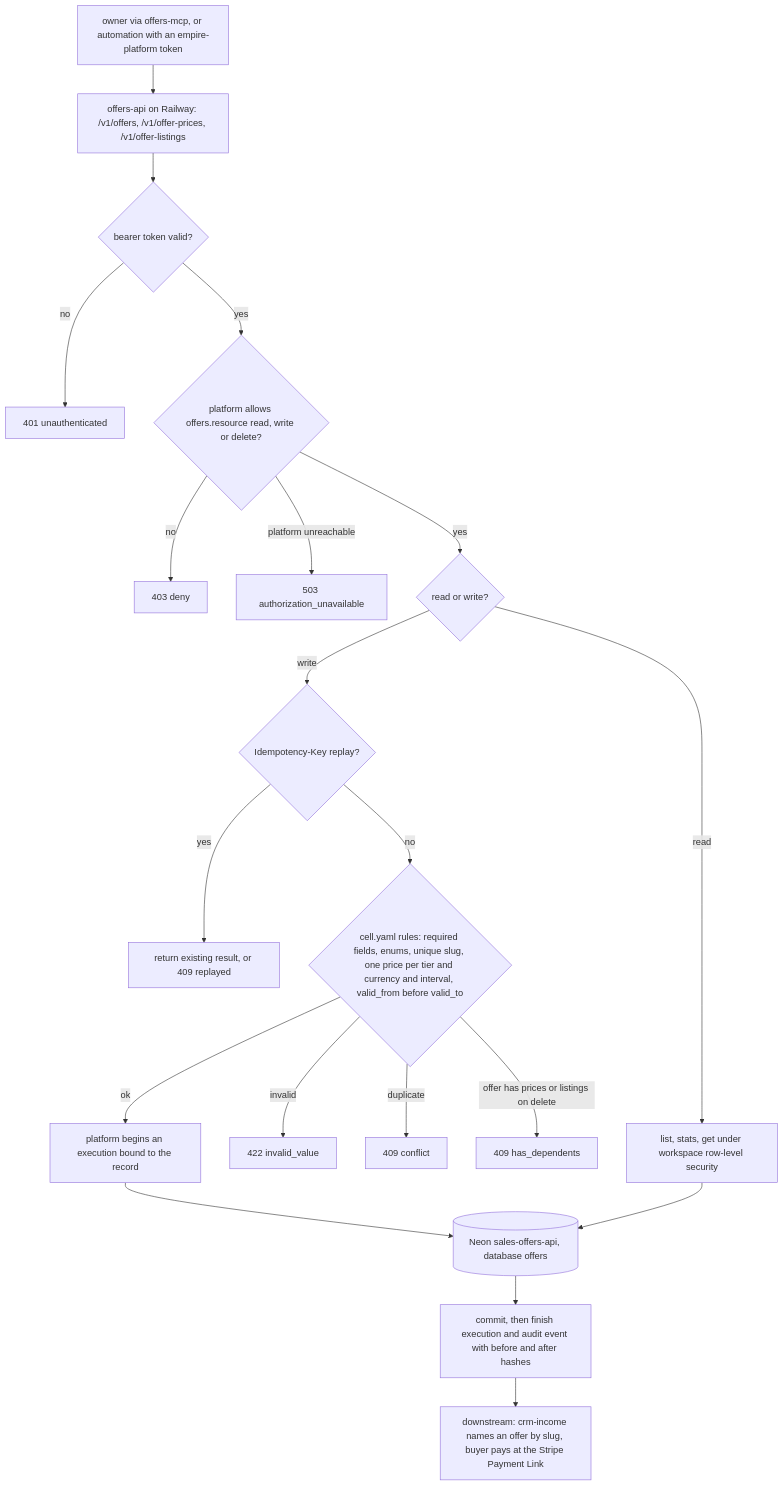
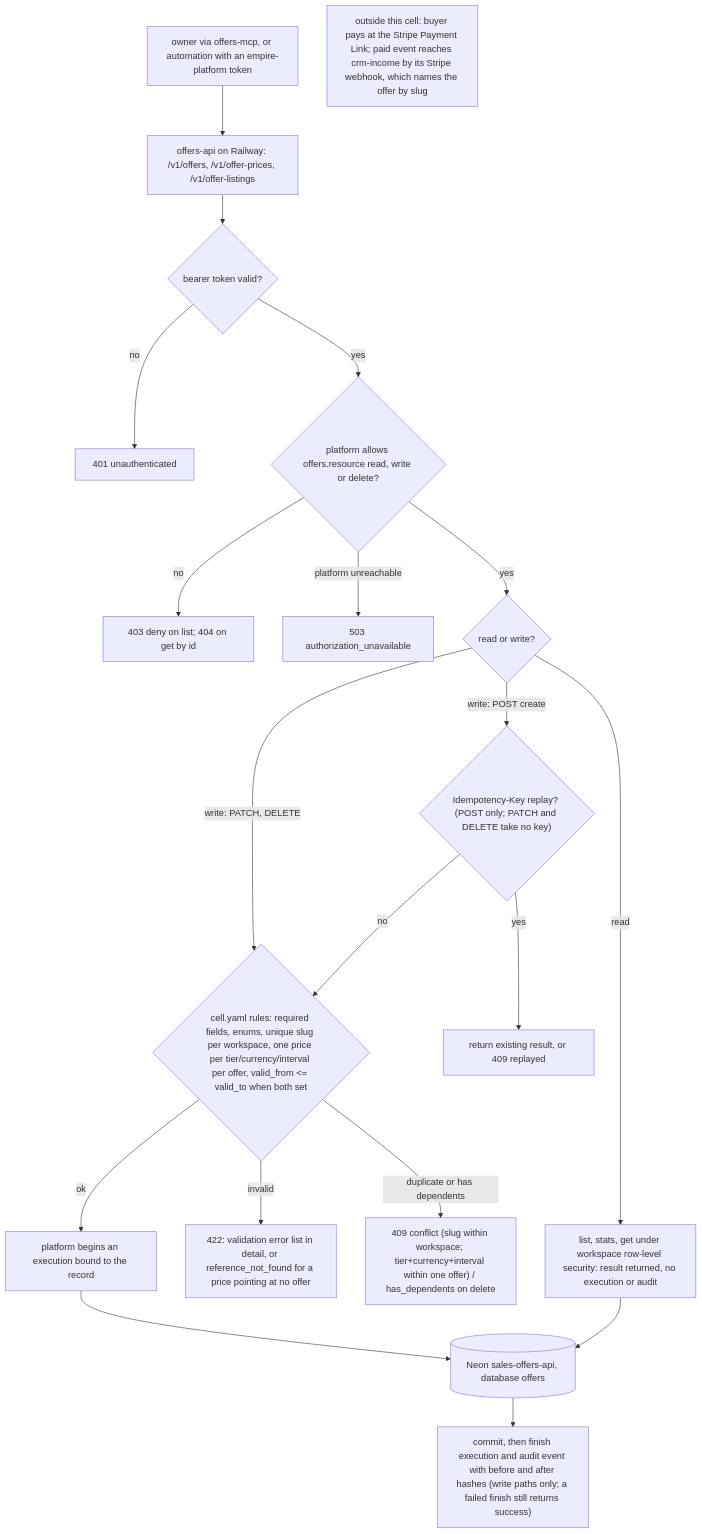
The first of 2 diagrams in docs/diagrams/01-business-process.md (bookchaowalit/sales-offers-api), drawn with Mermaid before and after one commit. The commit also changed other lines of this file, not shown here.

````diff
--- a/docs/diagrams/01-business-process.md
+++ b/docs/diagrams/01-business-process.md
@@ -9,22 +9,22 @@
 ```mermaid
 flowchart TD
   CALLER["owner via offers-mcp, or automation with an empire-platform token"] --> API["offers-api on Railway: /v1/offers, /v1/offer-prices, /v1/offer-listings"]
   API --> VERIFY{"bearer token valid?"}
   VERIFY -->|no| R401["401 unauthenticated"]
   VERIFY -->|yes| CHK{"platform allows offers.resource read, write or delete?"}
-  CHK -->|no| R403["403 deny"]
+  CHK -->|"no"| R403["403 deny on list; 404 on get by id"]
   CHK -->|"platform unreachable"| R503["503 authorization_unavailable"]
   CHK -->|yes| KIND{"read or write?"}
-  KIND -->|read| READ["list, stats, get under workspace row-level security"]
-  KIND -->|write| IDEM{"Idempotency-Key replay?"}
+  KIND -->|read| READ["list, stats, get under workspace row-level security: result returned, no execution or audit"]
+  KIND -->|"write: POST create"| IDEM{"Idempotency-Key replay? (POST only; PATCH and DELETE take no key)"}
+  KIND -->|"write: PATCH, DELETE"| RULES
   IDEM -->|yes| REPLAYED["return existing result, or 409 replayed"]
-  IDEM -->|no| RULES{"cell.yaml rules: required fields, enums, unique slug, one price per tier and currency and interval, valid_from before valid_to"}
-  RULES -->|"invalid"| R422["422 invalid_value"]
-  RULES -->|"duplicate"| R409["409 conflict"]
-  RULES -->|"offer has prices or listings on delete"| R409B["409 has_dependents"]
+  IDEM -->|no| RULES{"cell.yaml rules: required fields, enums, unique slug per workspace, one price per tier/currency/interval per offer, valid_from <= valid_to when both set"}
+  RULES -->|"invalid"| R422["422: validation error list in detail, or reference_not_found for a price pointing at no offer"]
+  RULES -->|"duplicate or has dependents"| R409["409 conflict (slug within workspace; tier+currency+interval within one offer) / has_dependents on delete"]
   RULES -->|ok| EXEC["platform begins an execution bound to the record"]
   EXEC --> DB[("Neon sales-offers-api, database offers")]
-  DB --> AUDIT["commit, then finish execution and audit event with before and after hashes"]
+  DB --> AUDIT["commit, then finish execution and audit event with before and after hashes (write paths only; a failed finish still returns success)"]
   READ --> DB
-  AUDIT --> BUYER["downstream: crm-income names an offer by slug, buyer pays at the Stripe Payment Link"]
+  PAY["outside this cell: buyer pays at the Stripe Payment Link; paid event reaches crm-income by its Stripe webhook, which names the offer by slug"]
 ```
````
